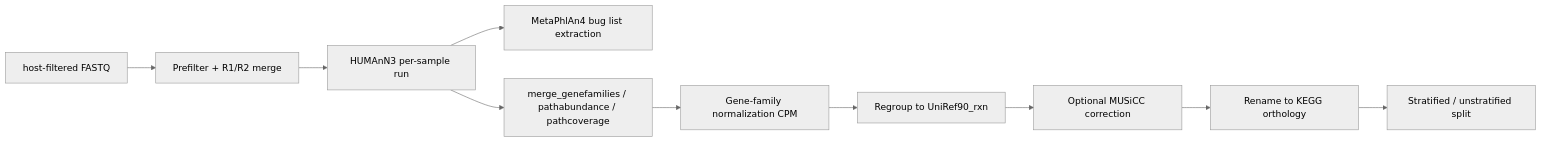
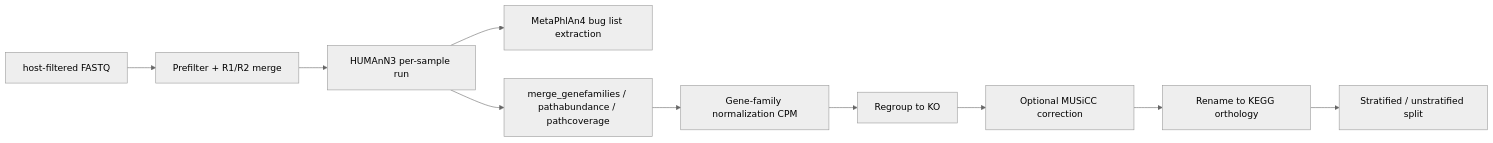
Before and after one commit to bbagy/CAULab: the diagram in Humann/README.md, drawn with Mermaid (neutral theme). The commit also changed other lines of this file and 15 other files, not shown here.

````diff
--- a/Humann/README.md
+++ b/Humann/README.md
@@ -22,12 +22,12 @@
 ```mermaid
 flowchart LR
   A[host-filtered FASTQ] --> B[Prefilter + R1/R2 merge]
   B --> C[HUMAnN3 per-sample run]
   C --> D[MetaPhlAn4 bug list extraction]
   C --> E[merge_genefamilies / pathabundance / pathcoverage]
   E --> F[Gene-family normalization CPM]
-  F --> G[Regroup to UniRef90_rxn]
+  F --> G[Regroup to KO]
   G --> H[Optional MUSiCC correction]
   H --> I[Rename to KEGG orthology]
   I --> J[Stratified / unstratified split]
 ```
````
